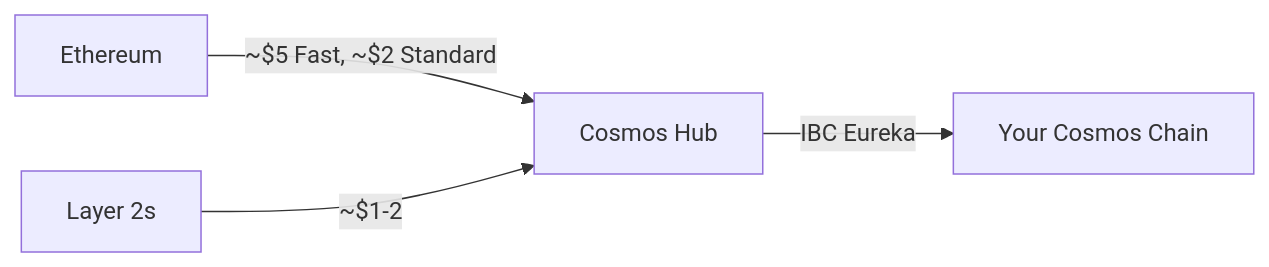
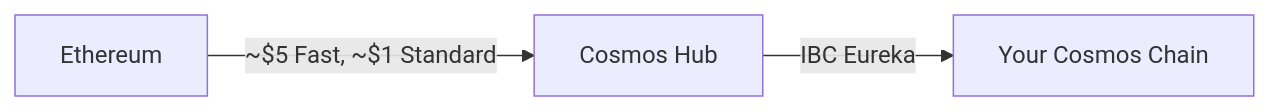
One commit to skip-mev/skip-go changed the first of 2 diagrams in docs/eureka/eureka-tech-overview.mdx. Above: the diagram before and after it, drawn with Mermaid. The commit also changed other lines of this file and 1 other file, not shown here.

````diff
--- a/docs/eureka/eureka-tech-overview.mdx
+++ b/docs/eureka/eureka-tech-overview.mdx
@@ -18,6 +18,5 @@
 ```mermaid
 graph LR
-    A[Ethereum] --> |~$5 Fast, ~$2 Standard| B[Cosmos Hub]
+    A[Ethereum] --> |~$5 Fast, ~$1 Standard| B[Cosmos Hub]
     B --> |IBC Eureka| C[Your Cosmos Chain]
-    D[Layer 2s] --> |~$1-2| B
 ```
````
